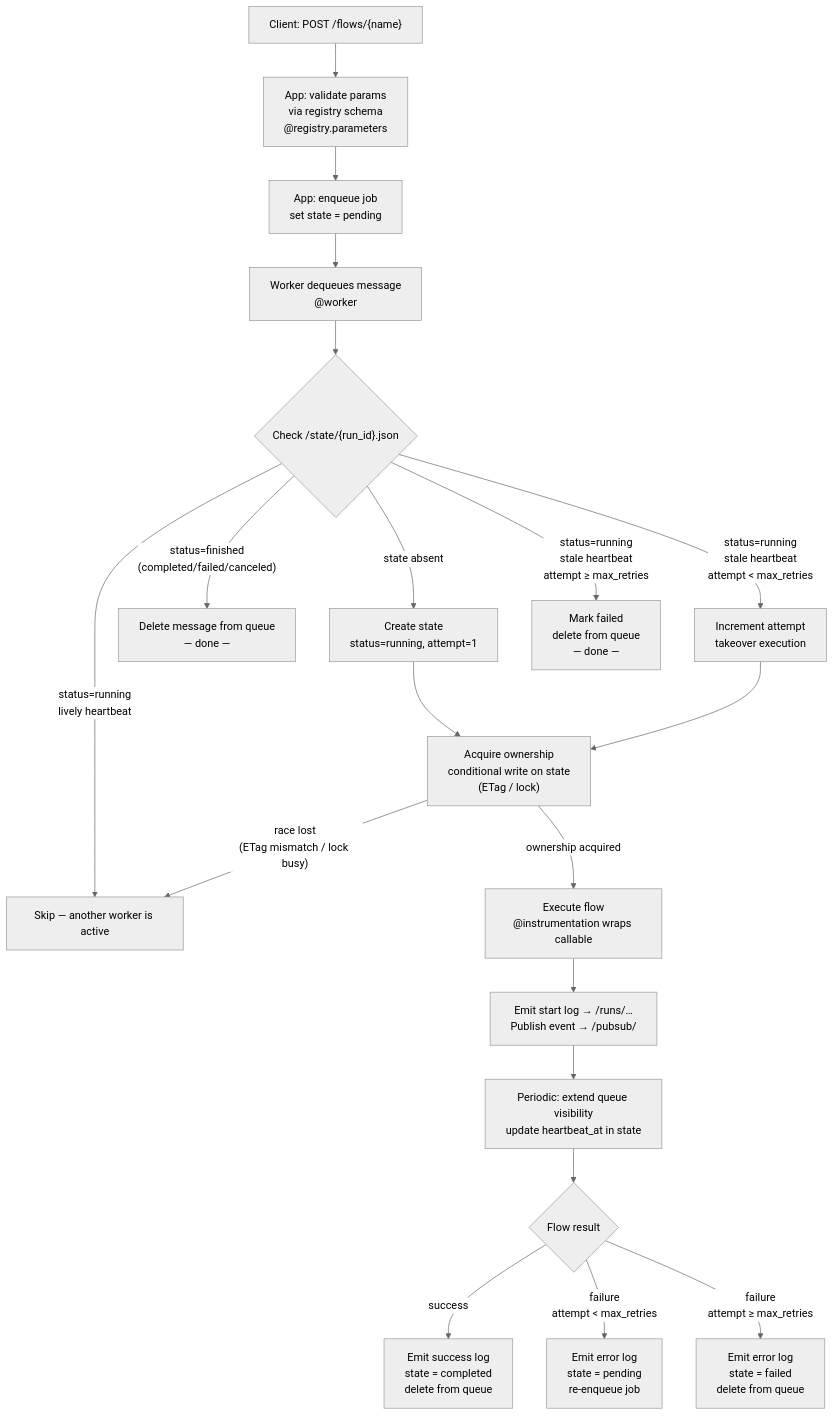
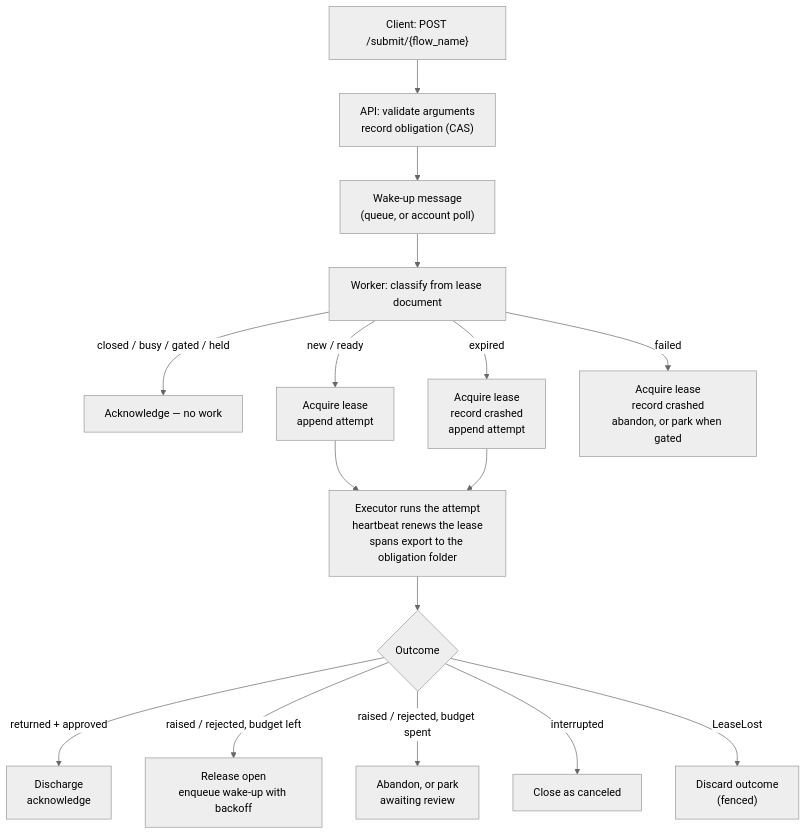
One commit to Quadratic-Labs/flowli changed the second of 2 diagrams in flowlet-api/docs/architecture.md. Above: the diagram before and after it, drawn with Mermaid (neutral theme). The commit also changed other lines of this file and 3 other files, not shown here.

````diff
--- a/flowlet-api/docs/architecture.md
+++ b/flowlet-api/docs/architecture.md
@@ -150,26 +262,20 @@
 ```mermaid
 flowchart TD
-    A["Client: POST /flows/{name}"] --> B["App: validate params\nvia registry schema\n@registry.parameters"]
-    B --> C["App: enqueue job\nset state = pending"]
-    C --> D["Worker dequeues message\n@worker"]
+    A["Client: POST /submit/{flow_name}"] --> B["API: validate arguments\nrecord obligation (CAS)"]
+    B --> C["Wake-up message\n(queue, or account poll)"]
+    C --> D["Worker: classify from lease document"]
 
-    D --> E{"Check /state/{run_id}.json"}
-    E -->|"state absent"| G["Create state\nstatus=running, attempt=1"]
-    E -->|"status=finished\n(completed/failed/canceled)"| F["Delete message from queue\n— done —"]
-    E -->|"status=running\nlively heartbeat"| H["Skip — another worker is active"]
-    E -->|"status=running\nstale heartbeat\nattempt < max_retries"| I["Increment attempt\ntakeover execution"]
-    E -->|"status=running\nstale heartbeat\nattempt ≥ max_retries"| J["Mark failed\ndelete from queue\n— done —"]
+    D -->|"closed / busy / gated / held"| E["Acknowledge — no work"]
+    D -->|"new / ready"| F["Acquire lease\nappend attempt"]
+    D -->|expired| G["Acquire lease\nrecord crashed\nappend attempt"]
+    D -->|failed| H["Acquire lease\nrecord crashed\nabandon, or park when gated"]
 
-    G --> K["Acquire ownership\nconditional write on state\n(ETag / lock)"]
-    I --> K
-    K -->|"race lost\n(ETag mismatch / lock busy)"| H
-    K -->|"ownership acquired"| L["Execute flow\n@instrumentation wraps callable"]
-
-    L --> M["Emit start log → /runs/…\nPublish event → /pubsub/"]
-    M --> N["Periodic: extend queue visibility\nupdate heartbeat_at in state"]
-    N --> O{"Flow result"}
-
-    O -->|success| P["Emit success log\nstate = completed\ndelete from queue"]
-    O -->|"failure\nattempt < max_retries"| Q["Emit error log\nstate = pending\nre-enqueue job"]
-    O -->|"failure\nattempt ≥ max_retries"| R["Emit error log\nstate = failed\ndelete from queue"]
+    F --> I["Executor runs the attempt\nheartbeat renews the lease\nspans export to the obligation folder"]
+    G --> I
+    I --> J{Outcome}
+    J -->|returned + approved| K["Discharge\nacknowledge"]
+    J -->|"raised / rejected, budget left"| L["Release open\nenqueue wake-up with backoff"]
+    J -->|"raised / rejected, budget spent"| M["Abandon, or park\nawaiting review"]
+    J -->|interrupted| N["Close as canceled"]
+    J -->|LeaseLost| O["Discard outcome\n(fenced)"]
 ```
````
